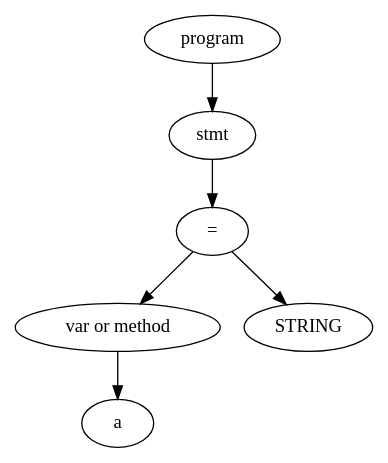
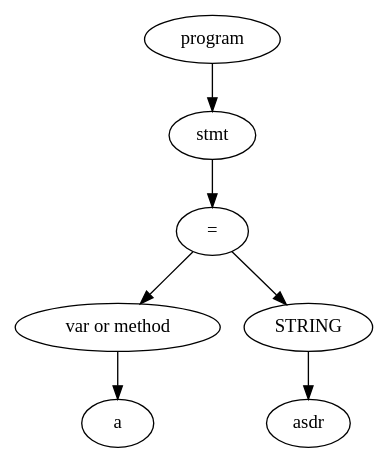
One commit to vitek999/ruby_compiler changed the diagram in RubyCompiler/tree.dot. Above: the diagram before and after it, drawn with Graphviz. The commit also changed 2 other files, not shown here.

```diff
--- a/RubyCompiler/tree.dot
+++ b/RubyCompiler/tree.dot
@@ -1,13 +1,15 @@
 digraph G {
-Id008A9AB8 [label="program"]
-Id008A9A30 [label="stmt"]
-Id008A99E0 [label="="]
-Id008A9908 [label="var or method"]
-IdVal008A9908 [label="a"]
-Id008A9908->IdVal008A9908
-Id008A9990 [label="STRING"]
-Id008A99E0->Id008A9908
-Id008A99E0->Id008A9990
-Id008A9A30->Id008A99E0
-Id008A9AB8->Id008A9A30
+Id00939AB8 [label="program"]
+Id00939A30 [label="stmt"]
+Id009399E0 [label="="]
+Id00939908 [label="var or method"]
+IdVal00939908 [label="a"]
+Id00939908->IdVal00939908
+Id00939990 [label="STRING"]
+IdVal00939990 [label="asdr"]
+Id00939990->IdVal00939990
+Id009399E0->Id00939908
+Id009399E0->Id00939990
+Id00939A30->Id009399E0
+Id00939AB8->Id00939A30
 }
```
